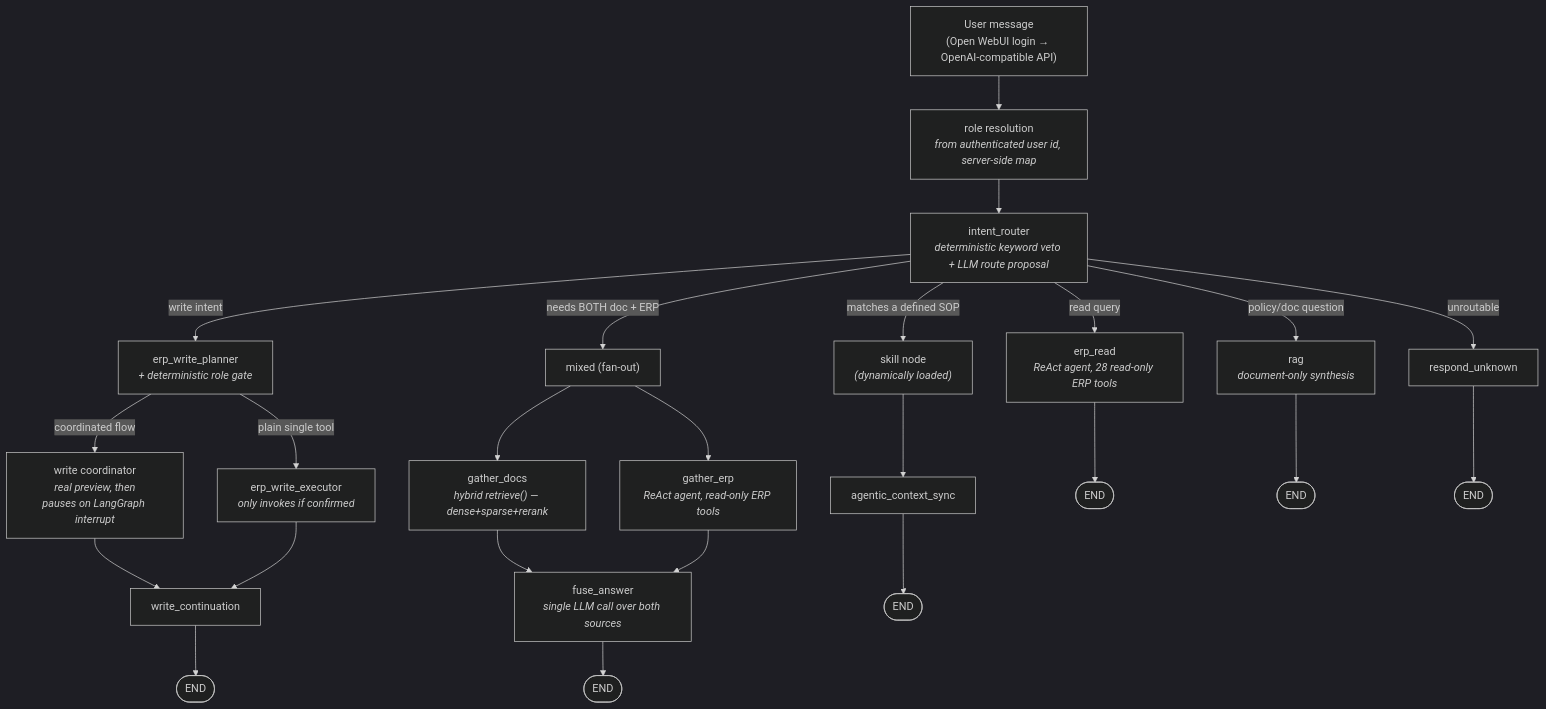
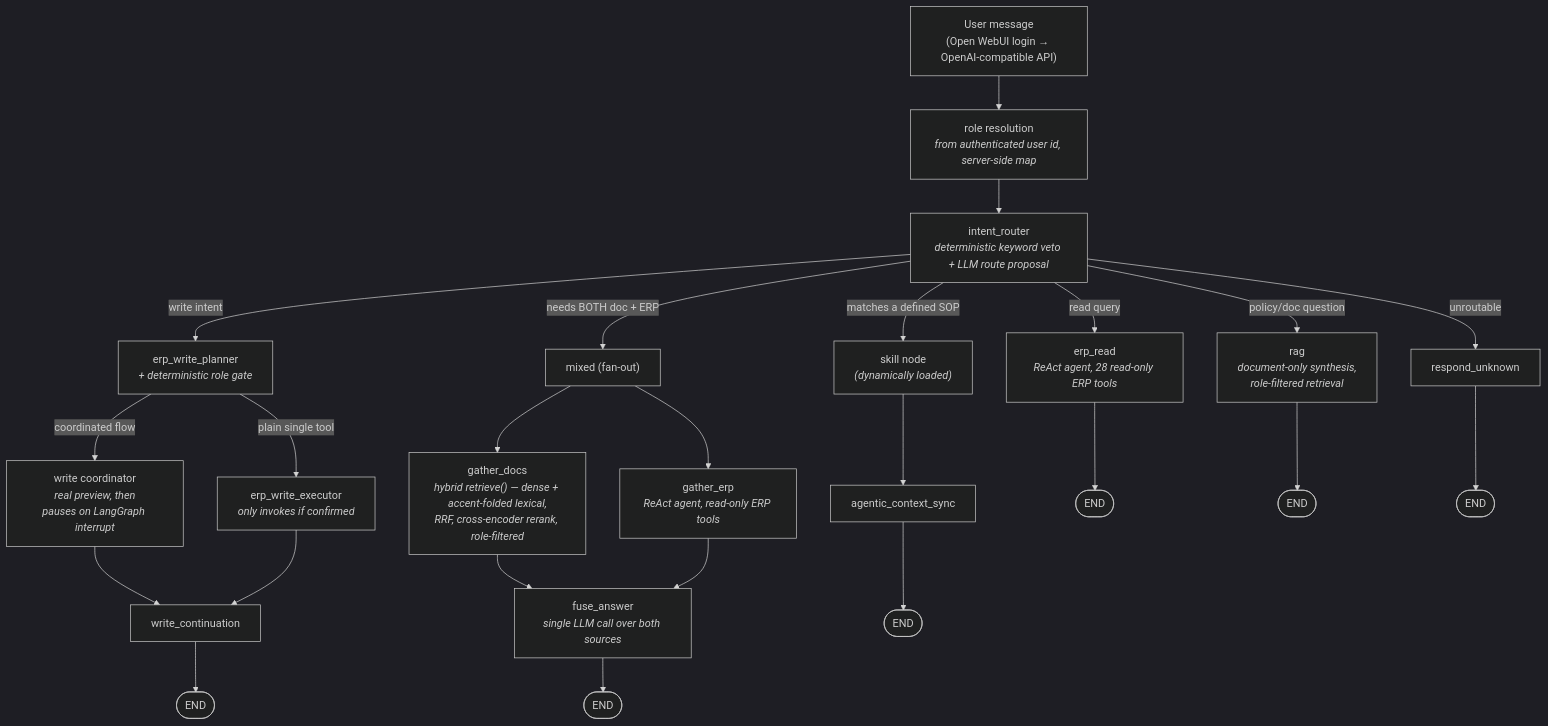
Before and after one commit to HaroPh/YOUdoo-assistant: the diagram in README.md, drawn with Mermaid (dark theme). The commit also changed other lines of this file, not shown here.

First line of the commit message:
docs(README): cap nhat tech stack theo so do that — 2 981 test, retrieval bo dau + rerank la phieu, OCR 3 bac, RBAC tang RAG

````diff
--- a/README.md
+++ b/README.md
@@ -21,28 +21,28 @@
 ```mermaid
 flowchart TD
     U["User message<br/>(Open WebUI login → OpenAI-compatible API)"] --> ROLE
     ROLE["role resolution<br/><i>from authenticated user id, server-side map</i>"] --> IR
     IR["intent_router<br/><i>deterministic keyword veto + LLM route proposal</i>"]
 
     IR -->|read query| READ["erp_read<br/><i>ReAct agent, 28 read-only ERP tools</i>"]
     IR -->|write intent| WP["erp_write_planner<br/><i>+ deterministic role gate</i>"]
-    IR -->|policy/doc question| RAG["rag<br/><i>document-only synthesis</i>"]
+    IR -->|policy/doc question| RAG["rag<br/><i>document-only synthesis,<br/>role-filtered retrieval</i>"]
     IR -->|needs BOTH doc + ERP| MIX["mixed (fan-out)"]
     IR -->|matches a defined SOP| SKILL["skill node<br/><i>(dynamically loaded)</i>"]
     IR -->|unroutable| UNK["respond_unknown"]
 
     WP -->|coordinated flow| COORD["write coordinator<br/><i>real preview, then</i><br/><i>pauses on LangGraph interrupt</i>"]
     WP -->|plain single tool| WX["erp_write_executor<br/><i>only invokes if confirmed</i>"]
     COORD --> WC["write_continuation"]
     WX --> WC --> END1(["END"])
 
-    MIX --> GD["gather_docs<br/><i>hybrid retrieve() — dense+sparse+rerank</i>"]
+    MIX --> GD["gather_docs<br/><i>hybrid retrieve() — dense + accent-folded lexical,<br/>RRF, cross-encoder rerank, role-filtered</i>"]
     MIX --> GE["gather_erp<br/><i>ReAct agent, read-only ERP tools</i>"]
     GD --> FUSE["fuse_answer<br/><i>single LLM call over both sources</i>"]
     GE --> FUSE --> END2(["END"])
 
     SKILL --> SYNC["agentic_context_sync"] --> END3(["END"])
     READ --> END4(["END"])
     RAG --> END5(["END"])
     UNK --> END6(["END"])
 ```
````
